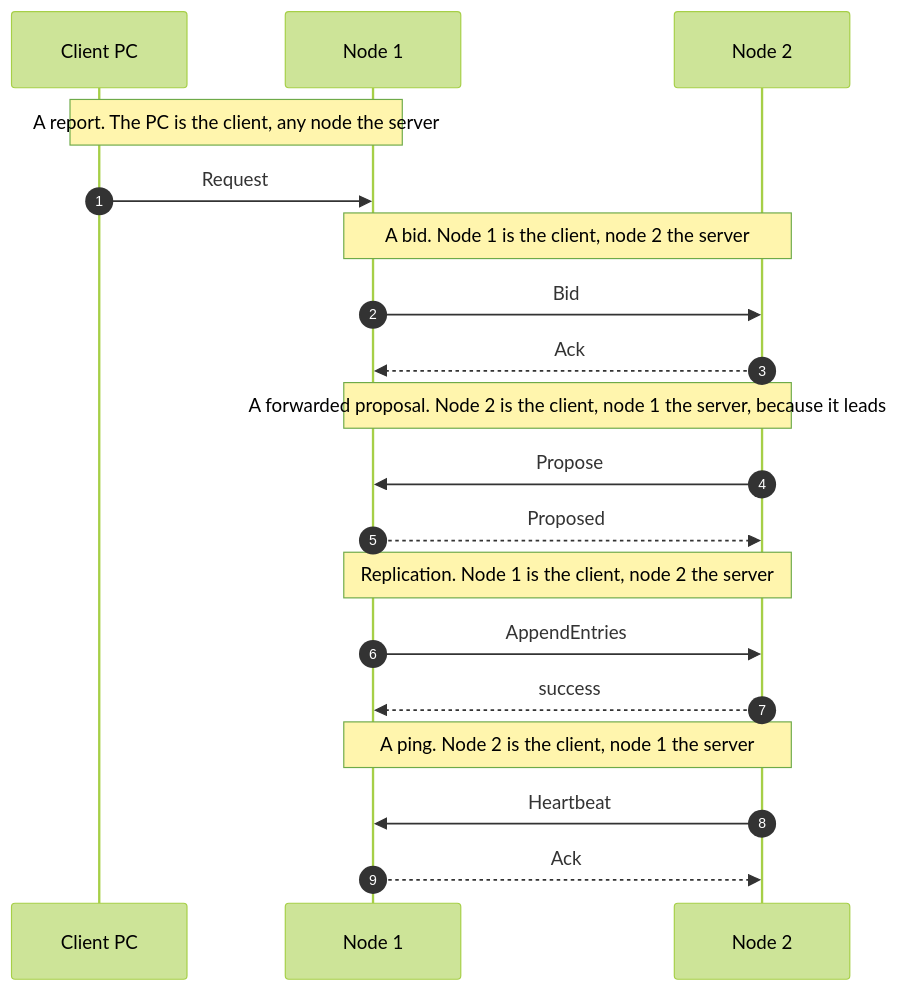
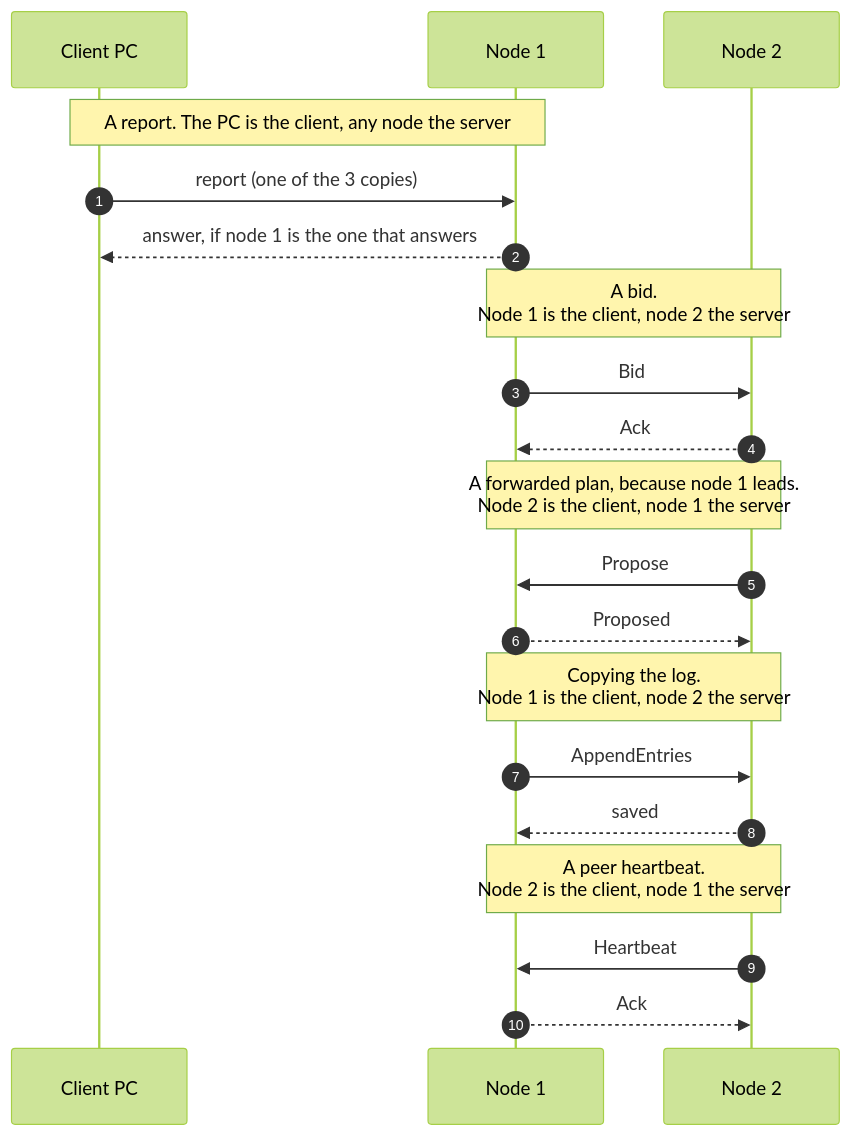
One commit to noortaytoy1/DistributedSystems changed the third of 48 diagrams in docs/architecture.md. Above: the diagram before and after it, drawn with Mermaid (forest theme). The commit also changed other lines of this file and 2 other files, not shown here.

First line of the commit message:
Apply the diagram review to the architecture docs (D231)

````diff
--- a/docs/architecture.md
+++ b/docs/architecture.md
@@ -212,21 +240,22 @@
 ```mermaid
 sequenceDiagram
     autonumber
     participant C as Client PC
     participant N1 as Node 1
     participant N2 as Node 2
     Note over C,N1: A report. The PC is the client, any node the server
-    C->>N1: Request
-    Note over N1,N2: A bid. Node 1 is the client, node 2 the server
+    C->>N1: report (one of the 3 copies)
+    N1-->>C: answer, if node 1 is the one that answers
+    Note over N1,N2: A bid.<br/>Node 1 is the client, node 2 the server
     N1->>N2: Bid
     N2-->>N1: Ack
-    Note over N1,N2: A forwarded proposal. Node 2 is the client, node 1 the server, because it leads
+    Note over N1,N2: A forwarded plan, because node 1 leads.<br/>Node 2 is the client, node 1 the server
     N2->>N1: Propose
     N1-->>N2: Proposed
-    Note over N1,N2: Replication. Node 1 is the client, node 2 the server
+    Note over N1,N2: Copying the log.<br/>Node 1 is the client, node 2 the server
     N1->>N2: AppendEntries
-    N2-->>N1: success
-    Note over N1,N2: A ping. Node 2 is the client, node 1 the server
+    N2-->>N1: saved
+    Note over N1,N2: A peer heartbeat.<br/>Node 2 is the client, node 1 the server
     N2->>N1: Heartbeat
     N1-->>N2: Ack
 ```
````
